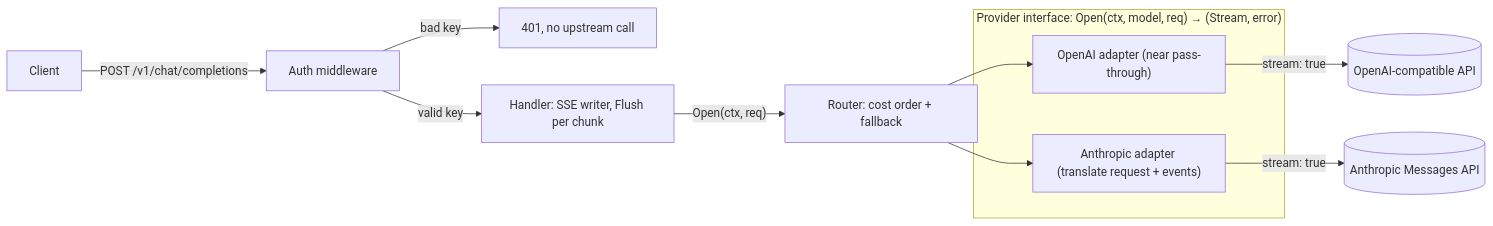
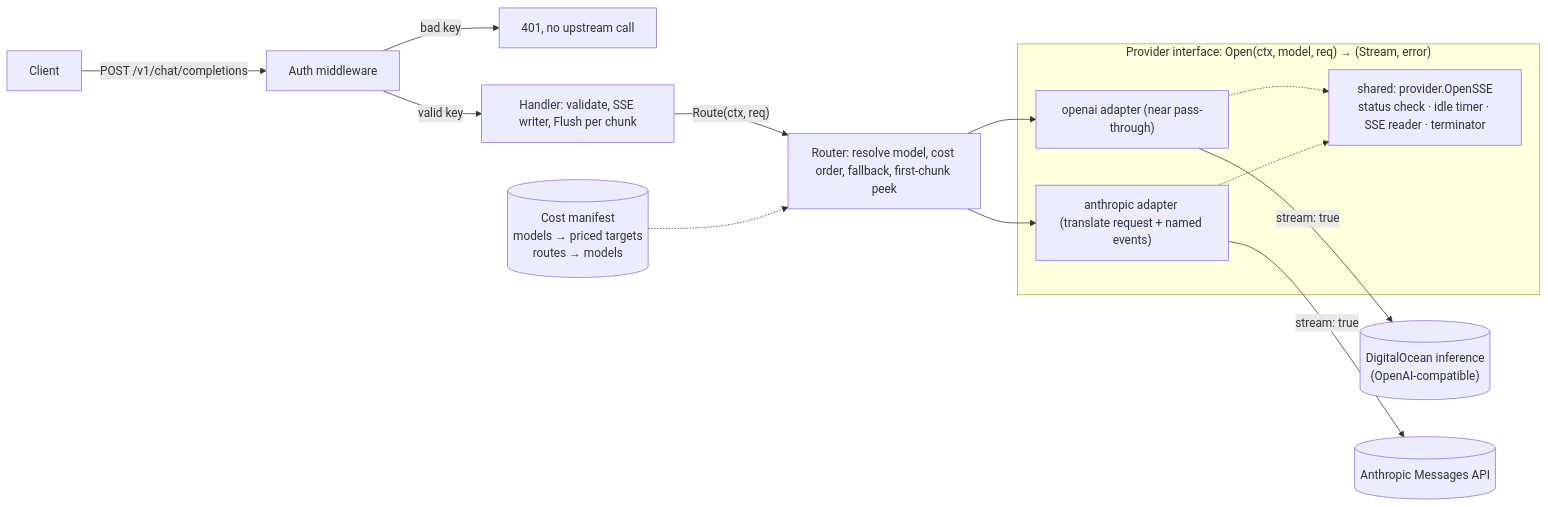
Before and after one commit to tulasi-gamidi/model-router: the first of 3 diagrams in architecture.md, drawn with Mermaid. The commit also changed other lines of this file and 2 other files, not shown here.

Commit message:
docs: README, architecture and CLAUDE.md in sync with implementation

````diff
--- a/architecture.md
+++ b/architecture.md
@@ -11,17 +13,21 @@
 ```mermaid
 flowchart LR
     C[Client] -->|"POST /v1/chat/completions"| A[Auth middleware]
     A -->|bad key| X["401, no upstream call"]
-    A -->|valid key| H["Handler: SSE writer, Flush per chunk"]
-    H -->|"Open(ctx, req)"| R["Router: cost order + fallback"]
+    A -->|valid key| H["Handler: validate, SSE writer, Flush per chunk"]
+    H -->|"Route(ctx, req)"| R["Router: resolve model, cost order, fallback, first-chunk peek"]
+    M[("Cost manifest<br/>models → priced targets<br/>routes → models")] -.-> R
 
     subgraph Adapters ["Provider interface: Open(ctx, model, req) → (Stream, error)"]
-        P1["OpenAI adapter (near pass-through)"]
-        P2["Anthropic adapter (translate request + events)"]
+        P1["openai adapter (near pass-through)"]
+        P2["anthropic adapter (translate request + named events)"]
+        S["shared: provider.OpenSSE<br/>status check · idle timer · SSE reader · terminator"]
     end
 
     R --> P1
     R --> P2
-    P1 -->|"stream: true"| U1[(OpenAI-compatible API)]
+    P1 -.-> S
+    P2 -.-> S
+    P1 -->|"stream: true"| U1[("DigitalOcean inference<br/>(OpenAI-compatible)")]
     P2 -->|"stream: true"| U2[(Anthropic Messages API)]
 ```
````
